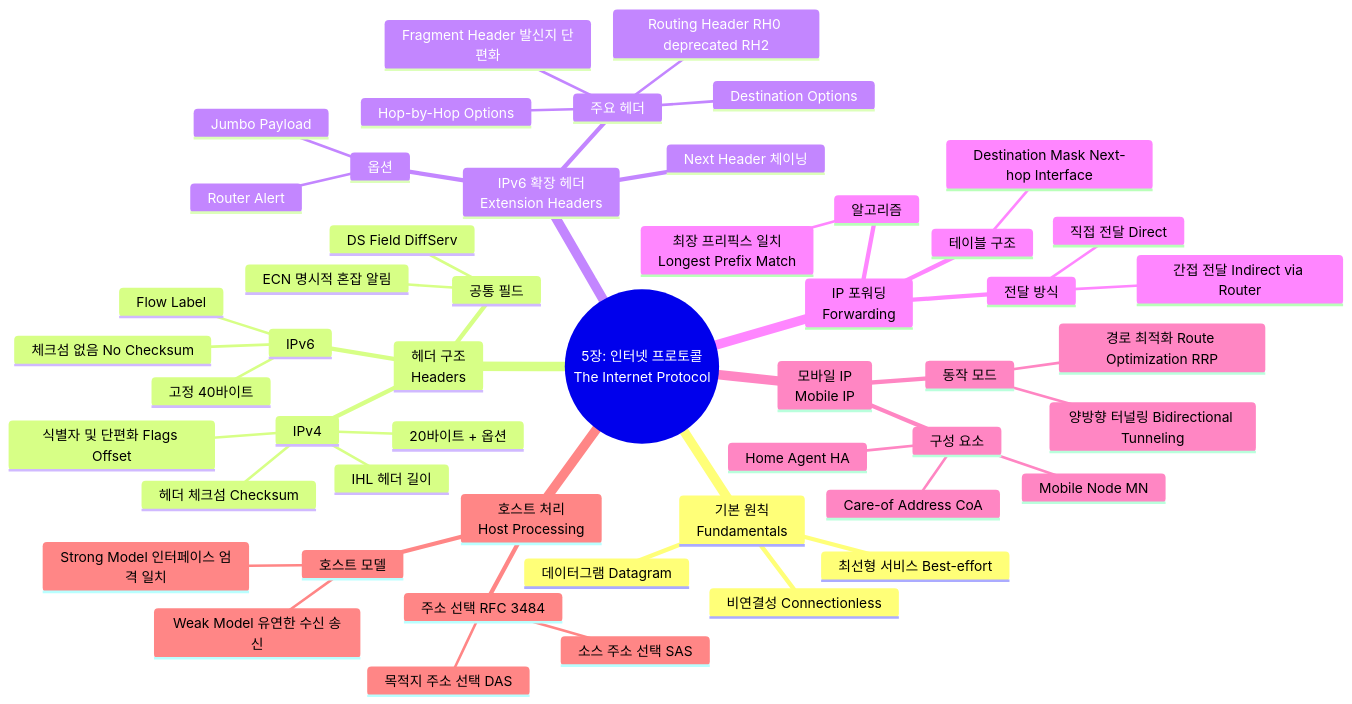
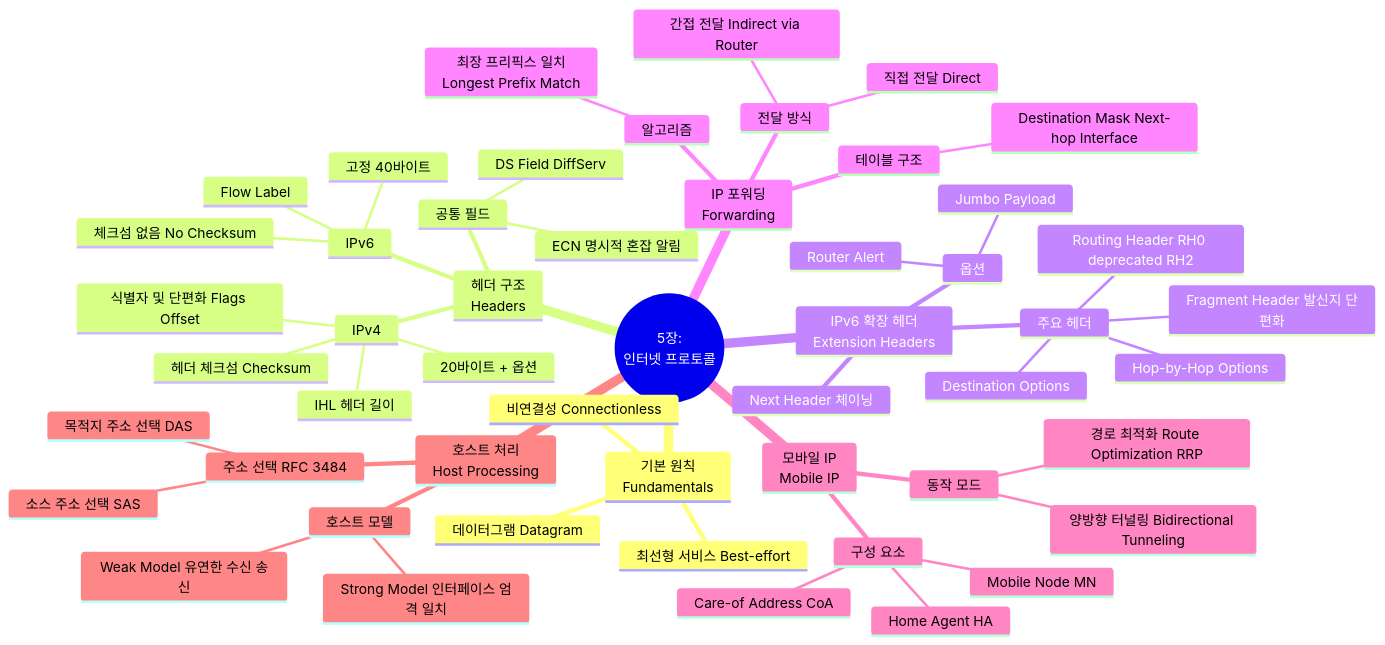
Before and after one commit to youngmin-gwon/what-i-studied: the diagram in 01_inbox/books/tcp_ip_illustrated_1/chapter5.md, drawn with Mermaid. The commit also changed other lines of this file and 3 other files, not shown here.

````diff
--- a/01_inbox/books/tcp_ip_illustrated_1/chapter5.md
+++ b/01_inbox/books/tcp_ip_illustrated_1/chapter5.md
@@ -15,54 +15,54 @@
 ```mermaid
 mindmap
-  root((5장: 인터넷 프로토콜<br>The Internet Protocol))
+  root((5장:<br>인터넷 프로토콜))
     기본 원칙<br>Fundamentals
       최선형 서비스 Best-effort
       비연결성 Connectionless
       데이터그램 Datagram
     헤더 구조<br>Headers
       IPv4
         20바이트 + 옵션
         IHL 헤더 길이
         식별자 및 단편화 Flags Offset
         헤더 체크섬 Checksum
       IPv6
         고정 40바이트
         체크섬 없음 No Checksum
         Flow Label
       공통 필드
         DS Field DiffServ
         ECN 명시적 혼잡 알림
     IPv6 확장 헤더<br>Extension Headers
       Next Header 체이닝
       주요 헤더
         Hop-by-Hop Options
         Routing Header RH0 deprecated RH2
         Fragment Header 발신지 단편화
         Destination Options
       옵션
         Jumbo Payload
         Router Alert
     IP 포워딩<br>Forwarding
       전달 방식
         직접 전달 Direct
         간접 전달 Indirect via Router
       테이블 구조
         Destination Mask Next-hop Interface
       알고리즘
         최장 프리픽스 일치<br>Longest Prefix Match
     모바일 IP<br>Mobile IP
       구성 요소
         Mobile Node MN
         Home Agent HA
         Care-of Address CoA
       동작 모드
         양방향 터널링 Bidirectional Tunneling
         경로 최적화 Route Optimization RRP
     호스트 처리<br>Host Processing
       호스트 모델
         Strong Model 인터페이스 엄격 일치
         Weak Model 유연한 수신 송신
       주소 선택 RFC 3484
         소스 주소 선택 SAS
         목적지 주소 선택 DAS
 ```
````
